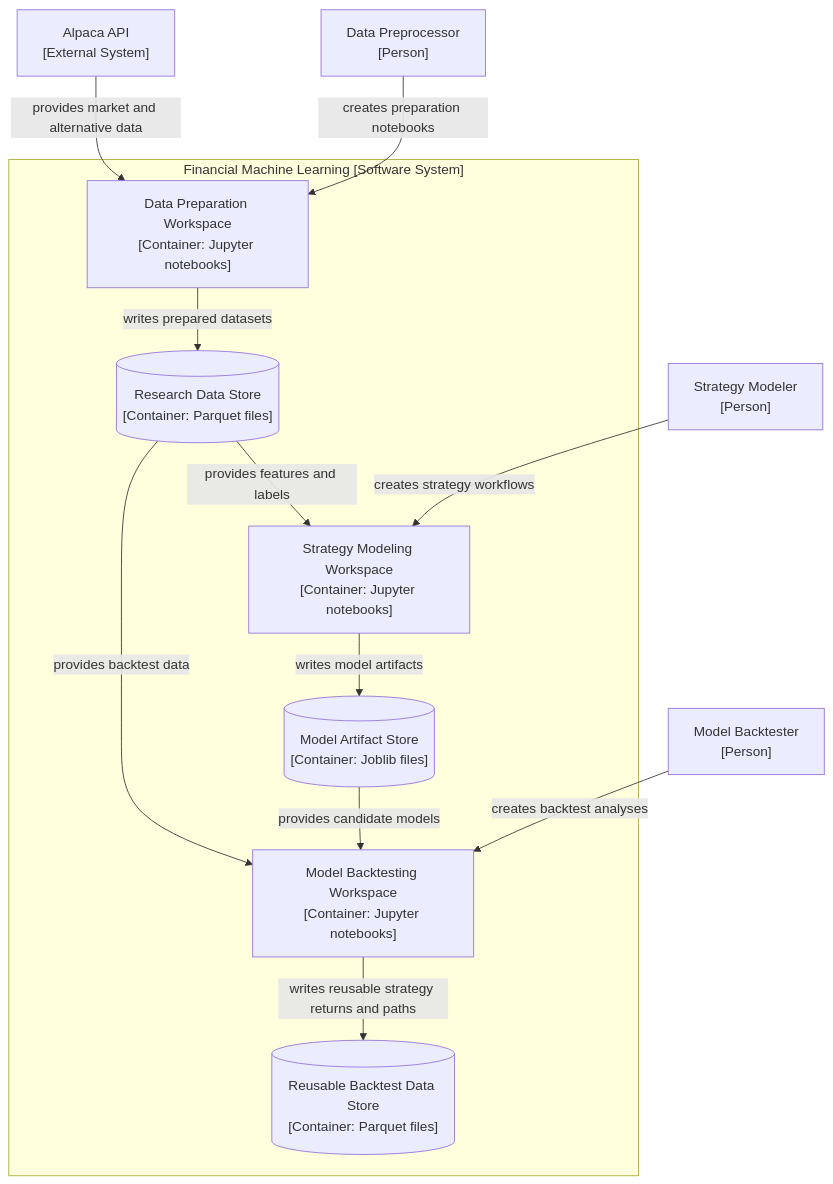
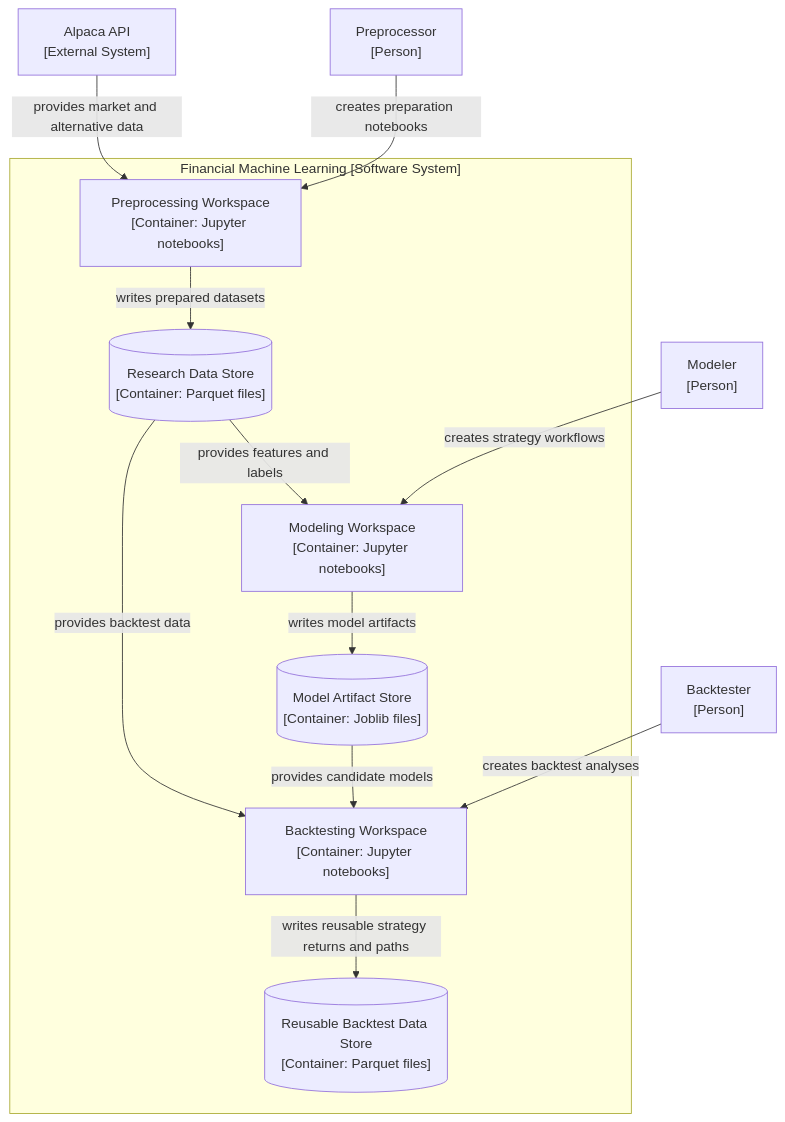
Before and after one commit to kwonjunhyuk9/financial-machine-learning: the second of 3 diagrams in docs/architecture.md, drawn with Mermaid. The commit also changed other lines of this file and 147 other files, not shown here.

````diff
--- a/docs/architecture.md
+++ b/docs/architecture.md
@@ -37,27 +37,27 @@
 ```mermaid
 flowchart TD
-    dp_user["Data Preprocessor<br/>[Person]"]
-    sm_user["Strategy Modeler<br/>[Person]"]
-    mb_user["Model Backtester<br/>[Person]"]
+    dp_user["Preprocessor<br/>[Person]"]
+    sm_user["Modeler<br/>[Person]"]
+    mb_user["Backtester<br/>[Person]"]
     alpaca["Alpaca API<br/>[External System]"]
 
     subgraph system["Financial Machine Learning [Software System]"]
-        prep_workspace["Data Preparation Workspace<br/>[Container: Jupyter notebooks]"]
+        preprocessing_workspace["Preprocessing Workspace<br/>[Container: Jupyter notebooks]"]
         data_store[("Research Data Store<br/>[Container: Parquet files]")]
-        strategy_workspace["Strategy Modeling Workspace<br/>[Container: Jupyter notebooks]"]
+        modeling_workspace["Modeling Workspace<br/>[Container: Jupyter notebooks]"]
         model_store[("Model Artifact Store<br/>[Container: Joblib files]")]
-        backtest_workspace["Model Backtesting Workspace<br/>[Container: Jupyter notebooks]"]
+        backtesting_workspace["Backtesting Workspace<br/>[Container: Jupyter notebooks]"]
         result_store[("Reusable Backtest Data Store<br/>[Container: Parquet files]")]
     end
 
-    dp_user -->|" creates preparation notebooks "| prep_workspace
-    sm_user -->|" creates strategy workflows "| strategy_workspace
-    mb_user -->|" creates backtest analyses "| backtest_workspace
-    alpaca -->|" provides market and alternative data "| prep_workspace
-    prep_workspace -->|" writes prepared datasets "| data_store
-    data_store -->|" provides features and labels "| strategy_workspace
-    strategy_workspace -->|" writes model artifacts "| model_store
-    data_store -->|" provides backtest data "| backtest_workspace
-    model_store -->|" provides candidate models "| backtest_workspace
-    backtest_workspace -->|" writes reusable strategy returns and paths "| result_store
+    dp_user -->|" creates preparation notebooks "| preprocessing_workspace
+    sm_user -->|" creates strategy workflows "| modeling_workspace
+    mb_user -->|" creates backtest analyses "| backtesting_workspace
+    alpaca -->|" provides market and alternative data "| preprocessing_workspace
+    preprocessing_workspace -->|" writes prepared datasets "| data_store
+    data_store -->|" provides features and labels "| modeling_workspace
+    modeling_workspace -->|" writes model artifacts "| model_store
+    data_store -->|" provides backtest data "| backtesting_workspace
+    model_store -->|" provides candidate models "| backtesting_workspace
+    backtesting_workspace -->|" writes reusable strategy returns and paths "| result_store
 ```
````
